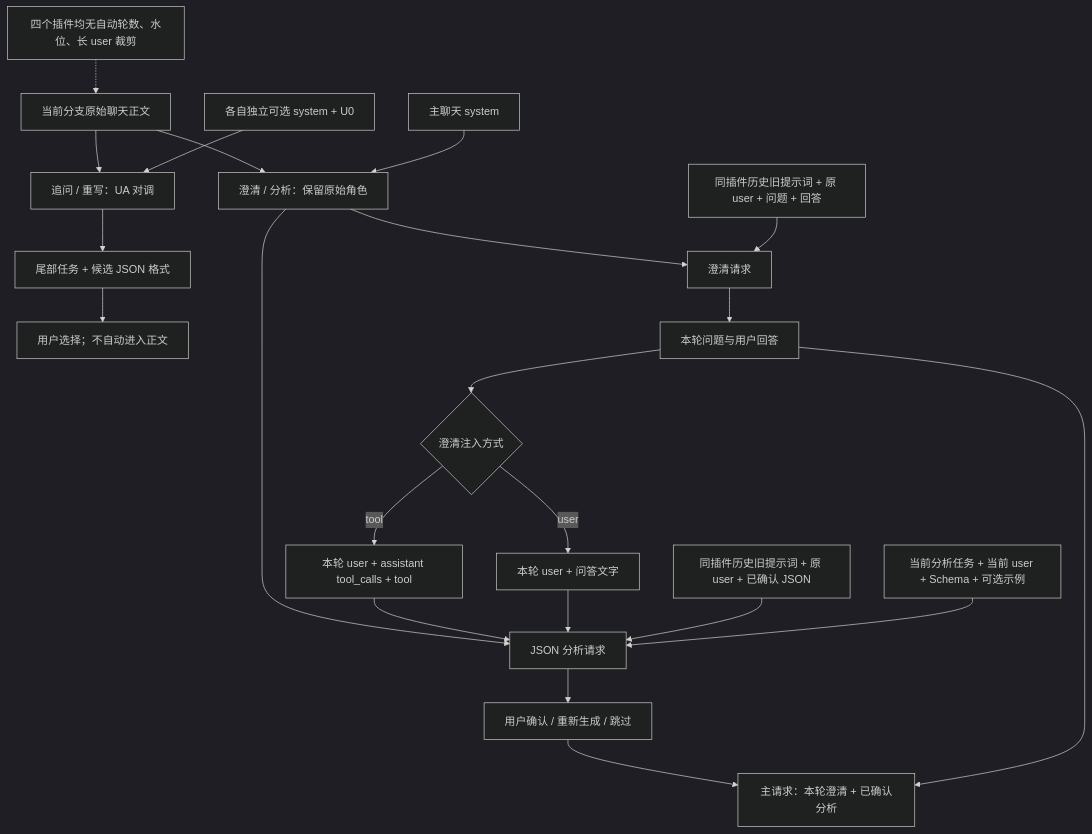
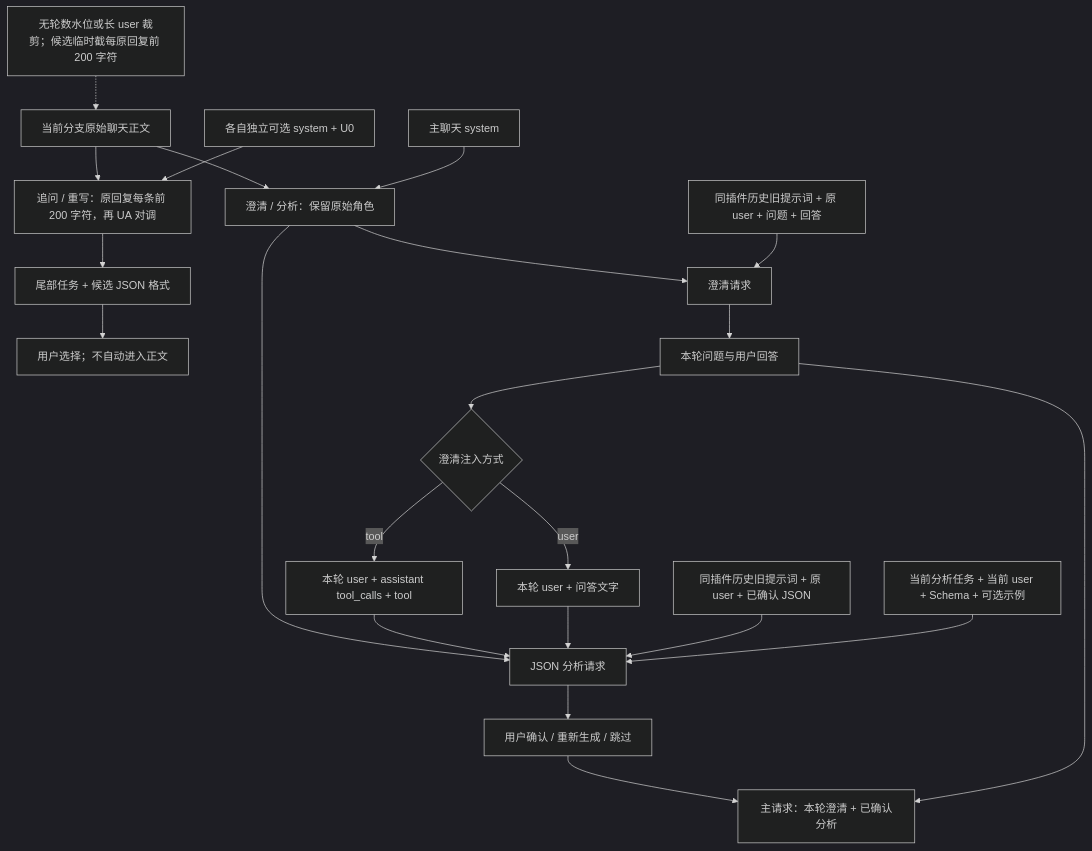
One commit to ccawmiku/workers-chat changed the diagram in docs/PLUGIN_CONTEXT.md. Above: the diagram before and after it, drawn with Mermaid (dark theme). The commit also changed other lines of this file and 6 other files, not shown here.

````diff
--- a/docs/PLUGIN_CONTEXT.md
+++ b/docs/PLUGIN_CONTEXT.md
@@ -192,25 +194,25 @@
 ```mermaid
 flowchart TD
-    History[当前分支原始聊天正文] --> Candidates[追问 / 重写：UA 对调]
+    History[当前分支原始聊天正文] --> Candidates[追问 / 重写：原回复每条前 200 字符，再 UA 对调]
     OwnSystem[各自独立可选 system + U0] --> Candidates
     Candidates --> CandidateTask[尾部任务 + 候选 JSON 格式]
     CandidateTask --> Pick[用户选择；不自动进入正文]
 
     History --> Shared[澄清 / 分析：保留原始角色]
     MainSystem[主聊天 system] --> Shared
     Shared --> Clarify[澄清请求]
     OldQ[同插件历史旧提示词 + 原 user + 问题 + 回答] --> Clarify
     Clarify --> QA[本轮问题与用户回答]
     Shared --> Analysis[JSON 分析请求]
     QA --> Mode{澄清注入方式}
     Mode -->|tool| Tool[本轮 user + assistant tool_calls + tool]
     Mode -->|user| Append[本轮 user + 问答文字]
     Tool --> Analysis
     Append --> Analysis
     OldJSON[同插件历史旧提示词 + 原 user + 已确认 JSON] --> Analysis
     Schema[当前分析任务 + 当前 user + Schema + 可选示例] --> Analysis
     Analysis --> Confirm[用户确认 / 重新生成 / 跳过]
     Confirm --> Main[主请求：本轮澄清 + 已确认分析]
     QA --> Main
-    Limits[四个插件均无自动轮数、水位、长 user 裁剪] -.-> History
+    Limits[无轮数水位或长 user 裁剪；候选临时截每原回复前 200 字符] -.-> History
 ```
````
